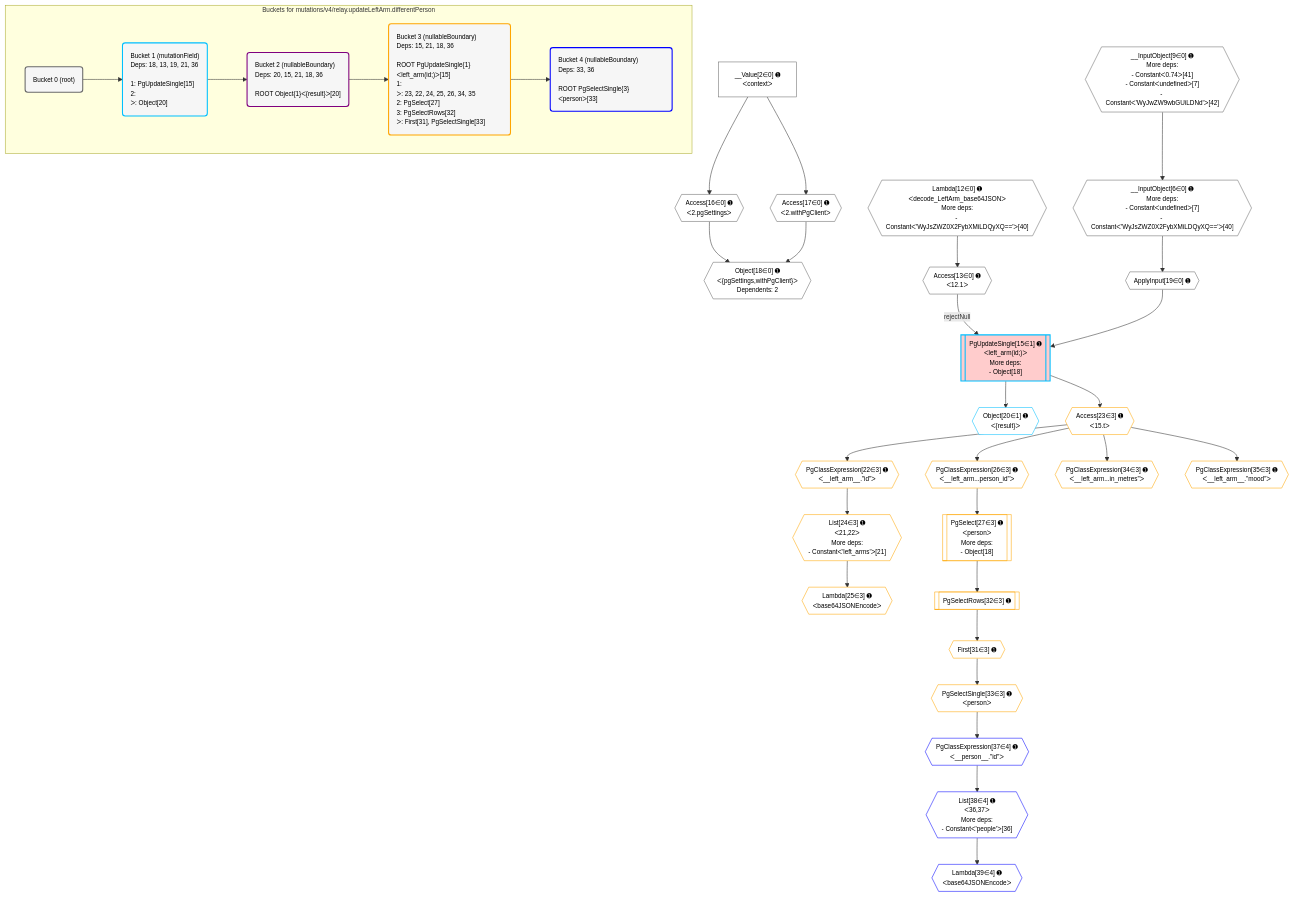
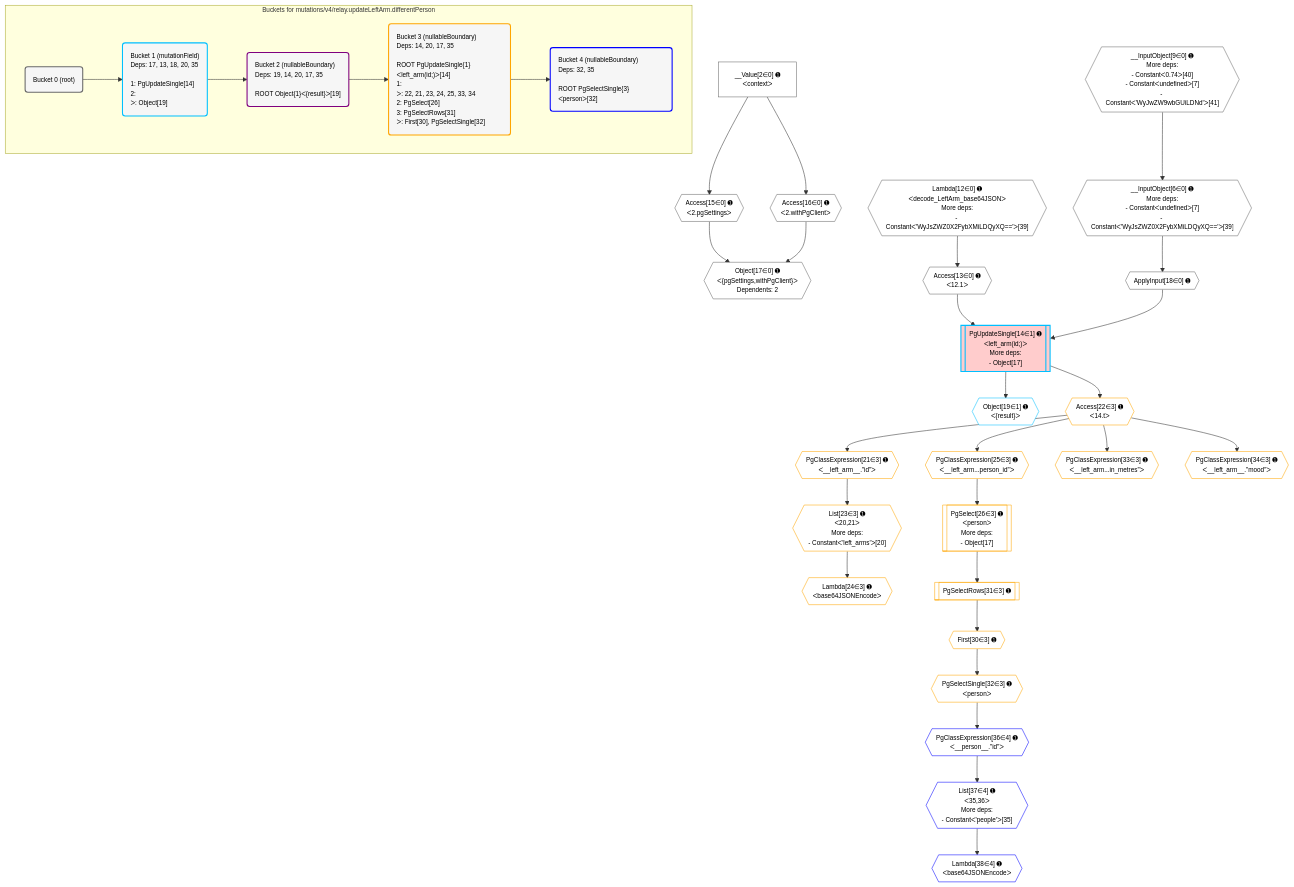
One commit to graphile/crystal changed the diagram in postgraphile/postgraphile/__tests__/mutations/v4/relay.updateLeftArm.differentPerson.mermaid. Above: the diagram before and after it, drawn with Mermaid. The commit also changed 17 other files, not shown here.

Commit message:
Update mermaid plans

```diff
--- a/postgraphile/postgraphile/__tests__/mutations/v4/relay.updateLeftArm.differentPerson.mermaid
+++ b/postgraphile/postgraphile/__tests__/mutations/v4/relay.updateLeftArm.differentPerson.mermaid
@@ -1,82 +1,81 @@
 %%{init: {'themeVariables': { 'fontSize': '12px'}}}%%
 graph TD
     classDef path fill:#eee,stroke:#000,color:#000
     classDef plan fill:#fff,stroke-width:1px,color:#000
     classDef itemplan fill:#fff,stroke-width:2px,color:#000
     classDef unbatchedplan fill:#dff,stroke-width:1px,color:#000
     classDef sideeffectplan fill:#fcc,stroke-width:2px,color:#000
     classDef bucket fill:#f6f6f6,color:#000,stroke-width:2px,text-align:left
 
     subgraph "Buckets for mutations/v4/relay.updateLeftArm.differentPerson"
     Bucket0("Bucket 0 (root)"):::bucket
-    Bucket1("Bucket 1 (mutationField)<br />Deps: 18, 13, 19, 21, 36<br /><br />1: PgUpdateSingle[15]<br />2: <br />ᐳ: Object[20]"):::bucket
-    Bucket2("Bucket 2 (nullableBoundary)<br />Deps: 20, 15, 21, 18, 36<br /><br />ROOT Object{1}ᐸ{result}ᐳ[20]"):::bucket
-    Bucket3("Bucket 3 (nullableBoundary)<br />Deps: 15, 21, 18, 36<br /><br />ROOT PgUpdateSingle{1}ᐸleft_arm(id;)ᐳ[15]<br />1: <br />ᐳ: 23, 22, 24, 25, 26, 34, 35<br />2: PgSelect[27]<br />3: PgSelectRows[32]<br />ᐳ: First[31], PgSelectSingle[33]"):::bucket
-    Bucket4("Bucket 4 (nullableBoundary)<br />Deps: 33, 36<br /><br />ROOT PgSelectSingle{3}ᐸpersonᐳ[33]"):::bucket
+    Bucket1("Bucket 1 (mutationField)<br />Deps: 17, 13, 18, 20, 35<br /><br />1: PgUpdateSingle[14]<br />2: <br />ᐳ: Object[19]"):::bucket
+    Bucket2("Bucket 2 (nullableBoundary)<br />Deps: 19, 14, 20, 17, 35<br /><br />ROOT Object{1}ᐸ{result}ᐳ[19]"):::bucket
+    Bucket3("Bucket 3 (nullableBoundary)<br />Deps: 14, 20, 17, 35<br /><br />ROOT PgUpdateSingle{1}ᐸleft_arm(id;)ᐳ[14]<br />1: <br />ᐳ: 22, 21, 23, 24, 25, 33, 34<br />2: PgSelect[26]<br />3: PgSelectRows[31]<br />ᐳ: First[30], PgSelectSingle[32]"):::bucket
+    Bucket4("Bucket 4 (nullableBoundary)<br />Deps: 32, 35<br /><br />ROOT PgSelectSingle{3}ᐸpersonᐳ[32]"):::bucket
     end
     Bucket0 --> Bucket1
     Bucket1 --> Bucket2
     Bucket2 --> Bucket3
     Bucket3 --> Bucket4
 
     %% plan dependencies
-    __InputObject6{{"__InputObject[6∈0] ➊<br />More deps:<br />- Constantᐸundefinedᐳ[7]<br />- Constantᐸ'WyJsZWZ0X2FybXMiLDQyXQ=='ᐳ[40]"}}:::plan
-    __InputObject9{{"__InputObject[9∈0] ➊<br />More deps:<br />- Constantᐸ0.74ᐳ[41]<br />- Constantᐸundefinedᐳ[7]<br />- Constantᐸ'WyJwZW9wbGUiLDNd'ᐳ[42]"}}:::plan
+    __InputObject6{{"__InputObject[6∈0] ➊<br />More deps:<br />- Constantᐸundefinedᐳ[7]<br />- Constantᐸ'WyJsZWZ0X2FybXMiLDQyXQ=='ᐳ[39]"}}:::plan
+    __InputObject9{{"__InputObject[9∈0] ➊<br />More deps:<br />- Constantᐸ0.74ᐳ[40]<br />- Constantᐸundefinedᐳ[7]<br />- Constantᐸ'WyJwZW9wbGUiLDNd'ᐳ[41]"}}:::plan
     __InputObject9 --> __InputObject6
-    Object18{{"Object[18∈0] ➊<br />ᐸ{pgSettings,withPgClient}ᐳ<br />Dependents: 2"}}:::plan
-    Access16{{"Access[16∈0] ➊<br />ᐸ2.pgSettingsᐳ"}}:::plan
-    Access17{{"Access[17∈0] ➊<br />ᐸ2.withPgClientᐳ"}}:::plan
-    Access16 & Access17 --> Object18
-    Lambda12{{"Lambda[12∈0] ➊<br />ᐸdecode_LeftArm_base64JSONᐳ<br />More deps:<br />- Constantᐸ'WyJsZWZ0X2FybXMiLDQyXQ=='ᐳ[40]"}}:::plan
+    Object17{{"Object[17∈0] ➊<br />ᐸ{pgSettings,withPgClient}ᐳ<br />Dependents: 2"}}:::plan
+    Access15{{"Access[15∈0] ➊<br />ᐸ2.pgSettingsᐳ"}}:::plan
+    Access16{{"Access[16∈0] ➊<br />ᐸ2.withPgClientᐳ"}}:::plan
+    Access15 & Access16 --> Object17
+    Lambda12{{"Lambda[12∈0] ➊<br />ᐸdecode_LeftArm_base64JSONᐳ<br />More deps:<br />- Constantᐸ'WyJsZWZ0X2FybXMiLDQyXQ=='ᐳ[39]"}}:::plan
     Access13{{"Access[13∈0] ➊<br />ᐸ12.1ᐳ"}}:::plan
     Lambda12 --> Access13
     __Value2["__Value[2∈0] ➊<br />ᐸcontextᐳ"]:::plan
+    __Value2 --> Access15
     __Value2 --> Access16
-    __Value2 --> Access17
-    ApplyInput19{{"ApplyInput[19∈0] ➊"}}:::plan
-    __InputObject6 --> ApplyInput19
-    PgUpdateSingle15[["PgUpdateSingle[15∈1] ➊<br />ᐸleft_arm(id;)ᐳ<br />More deps:<br />- Object[18]"]]:::sideeffectplan
-    Access13 -->|rejectNull| PgUpdateSingle15
-    ApplyInput19 --> PgUpdateSingle15
-    Object20{{"Object[20∈1] ➊<br />ᐸ{result}ᐳ"}}:::plan
-    PgUpdateSingle15 --> Object20
-    List24{{"List[24∈3] ➊<br />ᐸ21,22ᐳ<br />More deps:<br />- Constantᐸ'left_arms'ᐳ[21]"}}:::plan
-    PgClassExpression22{{"PgClassExpression[22∈3] ➊<br />ᐸ__left_arm__.”id”ᐳ"}}:::plan
-    PgClassExpression22 --> List24
-    PgSelect27[["PgSelect[27∈3] ➊<br />ᐸpersonᐳ<br />More deps:<br />- Object[18]"]]:::plan
-    PgClassExpression26{{"PgClassExpression[26∈3] ➊<br />ᐸ__left_arm...person_id”ᐳ"}}:::plan
-    PgClassExpression26 --> PgSelect27
-    Access23{{"Access[23∈3] ➊<br />ᐸ15.tᐳ"}}:::plan
-    Access23 --> PgClassExpression22
-    PgUpdateSingle15 --> Access23
-    Lambda25{{"Lambda[25∈3] ➊<br />ᐸbase64JSONEncodeᐳ"}}:::plan
-    List24 --> Lambda25
-    Access23 --> PgClassExpression26
-    First31{{"First[31∈3] ➊"}}:::plan
-    PgSelectRows32[["PgSelectRows[32∈3] ➊"]]:::plan
-    PgSelectRows32 --> First31
-    PgSelect27 --> PgSelectRows32
-    PgSelectSingle33{{"PgSelectSingle[33∈3] ➊<br />ᐸpersonᐳ"}}:::plan
-    First31 --> PgSelectSingle33
-    PgClassExpression34{{"PgClassExpression[34∈3] ➊<br />ᐸ__left_arm...in_metres”ᐳ"}}:::plan
-    Access23 --> PgClassExpression34
-    PgClassExpression35{{"PgClassExpression[35∈3] ➊<br />ᐸ__left_arm__.”mood”ᐳ"}}:::plan
-    Access23 --> PgClassExpression35
-    List38{{"List[38∈4] ➊<br />ᐸ36,37ᐳ<br />More deps:<br />- Constantᐸ'people'ᐳ[36]"}}:::plan
-    PgClassExpression37{{"PgClassExpression[37∈4] ➊<br />ᐸ__person__.”id”ᐳ"}}:::plan
-    PgClassExpression37 --> List38
-    PgSelectSingle33 --> PgClassExpression37
-    Lambda39{{"Lambda[39∈4] ➊<br />ᐸbase64JSONEncodeᐳ"}}:::plan
-    List38 --> Lambda39
+    ApplyInput18{{"ApplyInput[18∈0] ➊"}}:::plan
+    __InputObject6 --> ApplyInput18
+    PgUpdateSingle14[["PgUpdateSingle[14∈1] ➊<br />ᐸleft_arm(id;)ᐳ<br />More deps:<br />- Object[17]"]]:::sideeffectplan
+    Access13 & ApplyInput18 --> PgUpdateSingle14
+    Object19{{"Object[19∈1] ➊<br />ᐸ{result}ᐳ"}}:::plan
+    PgUpdateSingle14 --> Object19
+    List23{{"List[23∈3] ➊<br />ᐸ20,21ᐳ<br />More deps:<br />- Constantᐸ'left_arms'ᐳ[20]"}}:::plan
+    PgClassExpression21{{"PgClassExpression[21∈3] ➊<br />ᐸ__left_arm__.”id”ᐳ"}}:::plan
+    PgClassExpression21 --> List23
+    PgSelect26[["PgSelect[26∈3] ➊<br />ᐸpersonᐳ<br />More deps:<br />- Object[17]"]]:::plan
+    PgClassExpression25{{"PgClassExpression[25∈3] ➊<br />ᐸ__left_arm...person_id”ᐳ"}}:::plan
+    PgClassExpression25 --> PgSelect26
+    Access22{{"Access[22∈3] ➊<br />ᐸ14.tᐳ"}}:::plan
+    Access22 --> PgClassExpression21
+    PgUpdateSingle14 --> Access22
+    Lambda24{{"Lambda[24∈3] ➊<br />ᐸbase64JSONEncodeᐳ"}}:::plan
+    List23 --> Lambda24
+    Access22 --> PgClassExpression25
+    First30{{"First[30∈3] ➊"}}:::plan
+    PgSelectRows31[["PgSelectRows[31∈3] ➊"]]:::plan
+    PgSelectRows31 --> First30
+    PgSelect26 --> PgSelectRows31
+    PgSelectSingle32{{"PgSelectSingle[32∈3] ➊<br />ᐸpersonᐳ"}}:::plan
+    First30 --> PgSelectSingle32
+    PgClassExpression33{{"PgClassExpression[33∈3] ➊<br />ᐸ__left_arm...in_metres”ᐳ"}}:::plan
+    Access22 --> PgClassExpression33
+    PgClassExpression34{{"PgClassExpression[34∈3] ➊<br />ᐸ__left_arm__.”mood”ᐳ"}}:::plan
+    Access22 --> PgClassExpression34
+    List37{{"List[37∈4] ➊<br />ᐸ35,36ᐳ<br />More deps:<br />- Constantᐸ'people'ᐳ[35]"}}:::plan
+    PgClassExpression36{{"PgClassExpression[36∈4] ➊<br />ᐸ__person__.”id”ᐳ"}}:::plan
+    PgClassExpression36 --> List37
+    PgSelectSingle32 --> PgClassExpression36
+    Lambda38{{"Lambda[38∈4] ➊<br />ᐸbase64JSONEncodeᐳ"}}:::plan
+    List37 --> Lambda38
 
     %% define steps
     classDef bucket0 stroke:#696969
-    class Bucket0,__Value2,__InputObject6,__InputObject9,Lambda12,Access13,Access16,Access17,Object18,ApplyInput19 bucket0
+    class Bucket0,__Value2,__InputObject6,__InputObject9,Lambda12,Access13,Access15,Access16,Object17,ApplyInput18 bucket0
     classDef bucket1 stroke:#00bfff
-    class Bucket1,PgUpdateSingle15,Object20 bucket1
+    class Bucket1,PgUpdateSingle14,Object19 bucket1
     classDef bucket2 stroke:#7f007f
     class Bucket2 bucket2
     classDef bucket3 stroke:#ffa500
-    class Bucket3,PgClassExpression22,Access23,List24,Lambda25,PgClassExpression26,PgSelect27,First31,PgSelectRows32,PgSelectSingle33,PgClassExpression34,PgClassExpression35 bucket3
+    class Bucket3,PgClassExpression21,Access22,List23,Lambda24,PgClassExpression25,PgSelect26,First30,PgSelectRows31,PgSelectSingle32,PgClassExpression33,PgClassExpression34 bucket3
     classDef bucket4 stroke:#0000ff
-    class Bucket4,PgClassExpression37,List38,Lambda39 bucket4
+    class Bucket4,PgClassExpression36,List37,Lambda38 bucket4
```
